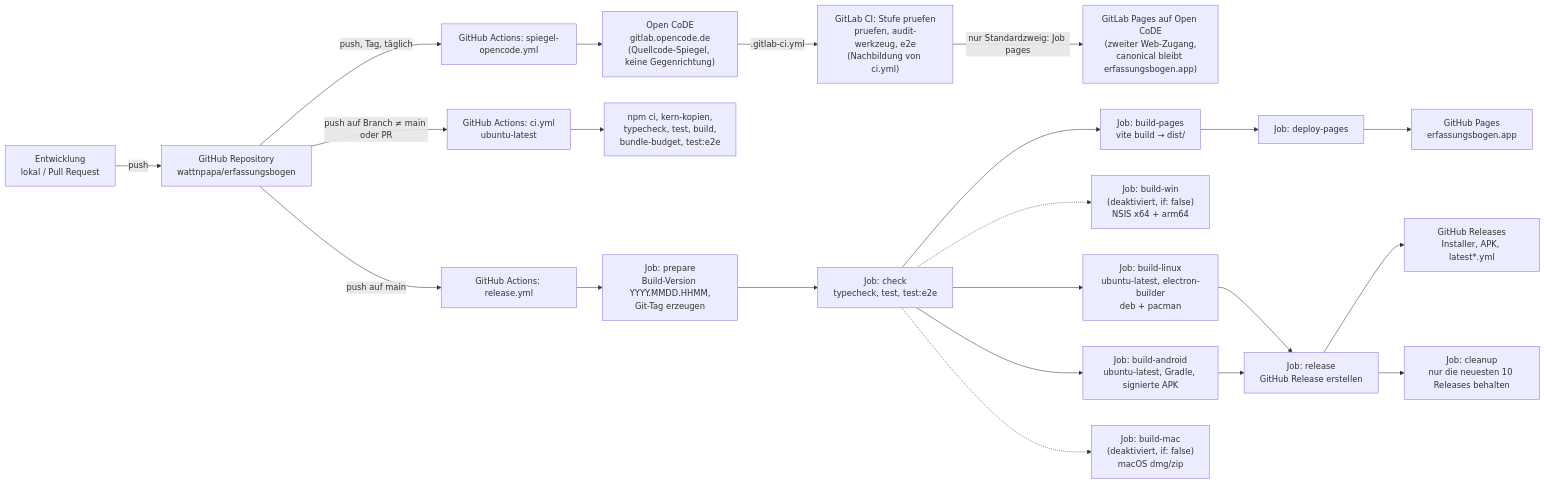
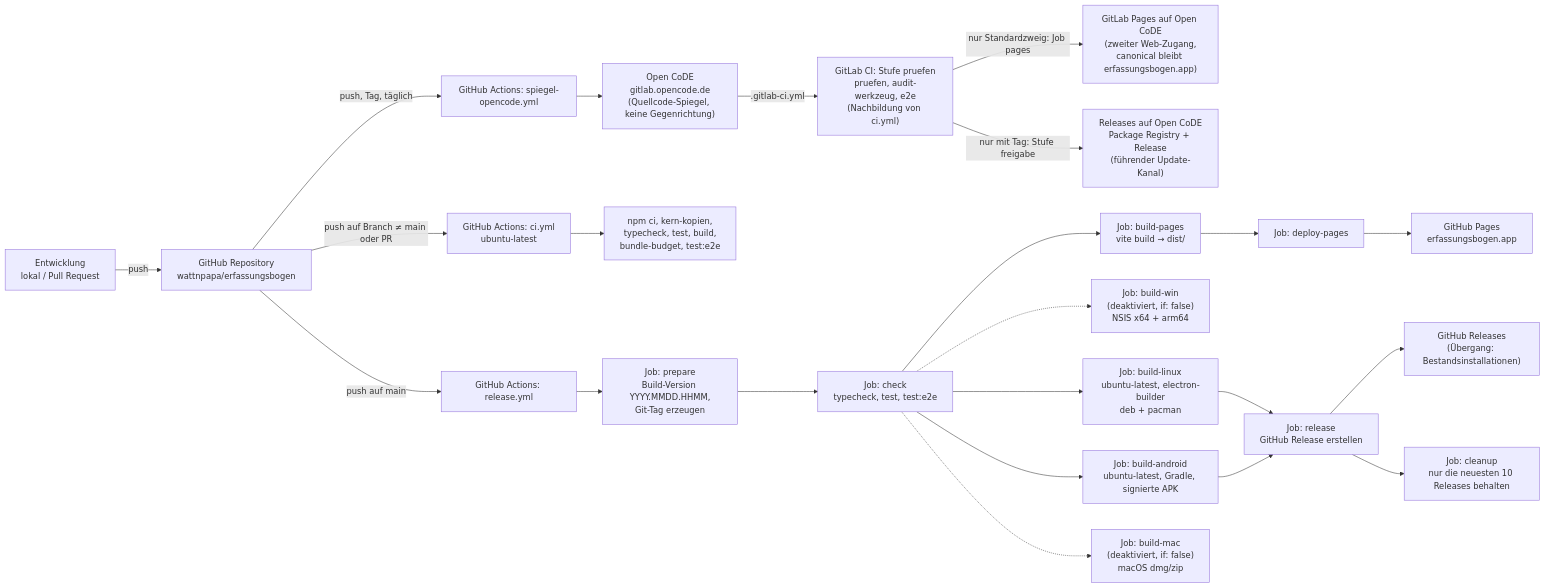
Before and after one commit to wattnpapa/erfassungsbogen: the tenth of 12 diagrams in docs/arc42-architektur.md, drawn with Mermaid. The commit also changed other lines of this file and 47 other files, not shown here.

````diff
--- a/docs/arc42-architektur.md
+++ b/docs/arc42-architektur.md
@@ -867,23 +870,24 @@
 ```mermaid
 flowchart LR
   Dev["Entwicklung<br/>lokal / Pull Request"] -->|push| Repo["GitHub Repository<br/>wattnpapa/erfassungsbogen"]
   Repo -->|"push, Tag, täglich"| Spiegel["GitHub Actions: spiegel-opencode.yml"]
   Spiegel --> OC["Open CoDE<br/>gitlab.opencode.de<br/>(Quellcode-Spiegel, keine Gegenrichtung)"]
   OC -->|".gitlab-ci.yml"| OCC["GitLab CI: Stufe pruefen<br/>pruefen, audit-werkzeug, e2e<br/>(Nachbildung von ci.yml)"]
   OCC -->|"nur Standardzweig: Job pages"| OCP["GitLab Pages auf Open CoDE<br/>(zweiter Web-Zugang,<br/>canonical bleibt erfassungsbogen.app)"]
   Repo -->|"push auf Branch ≠ main oder PR"| CI["GitHub Actions: ci.yml<br/>ubuntu-latest"]
   CI --> CIS["npm ci, kern-kopien,<br/>typecheck, test, build,<br/>bundle-budget, test:e2e"]
   Repo -->|"push auf main"| REL["GitHub Actions: release.yml"]
   REL --> Prep["Job: prepare<br/>Build-Version YYYY.MMDD.HHMM,<br/>Git-Tag erzeugen"]
   Prep --> Check["Job: check<br/>typecheck, test, test:e2e"]
   Check --> Pages["Job: build-pages<br/>vite build → dist/"]
   Pages --> Deploy["Job: deploy-pages"] --> GHP["GitHub Pages<br/>erfassungsbogen.app"]
   Check -.-> Win["Job: build-win<br/>(deaktiviert, if: false)<br/>NSIS x64 + arm64"]
   Check --> Linux["Job: build-linux<br/>ubuntu-latest, electron-builder<br/>deb + pacman"]
   Check --> Android["Job: build-android<br/>ubuntu-latest, Gradle, signierte APK"]
   Check -.-> Mac["Job: build-mac<br/>(deaktiviert, if: false)<br/>macOS dmg/zip"]
   Linux --> Release["Job: release<br/>GitHub Release erstellen"]
   Android --> Release
-  Release --> GHR["GitHub Releases<br/>Installer, APK, latest*.yml"]
+  Release --> GHR["GitHub Releases<br/>(Übergang: Bestandsinstallationen)"]
+  OCC -->|"nur mit Tag: Stufe freigabe"| OCR["Releases auf Open CoDE<br/>Package Registry + Release<br/>(führender Update-Kanal)"]
   Release --> Cleanup["Job: cleanup<br/>nur die neuesten 10 Releases behalten"]
 ```
````
